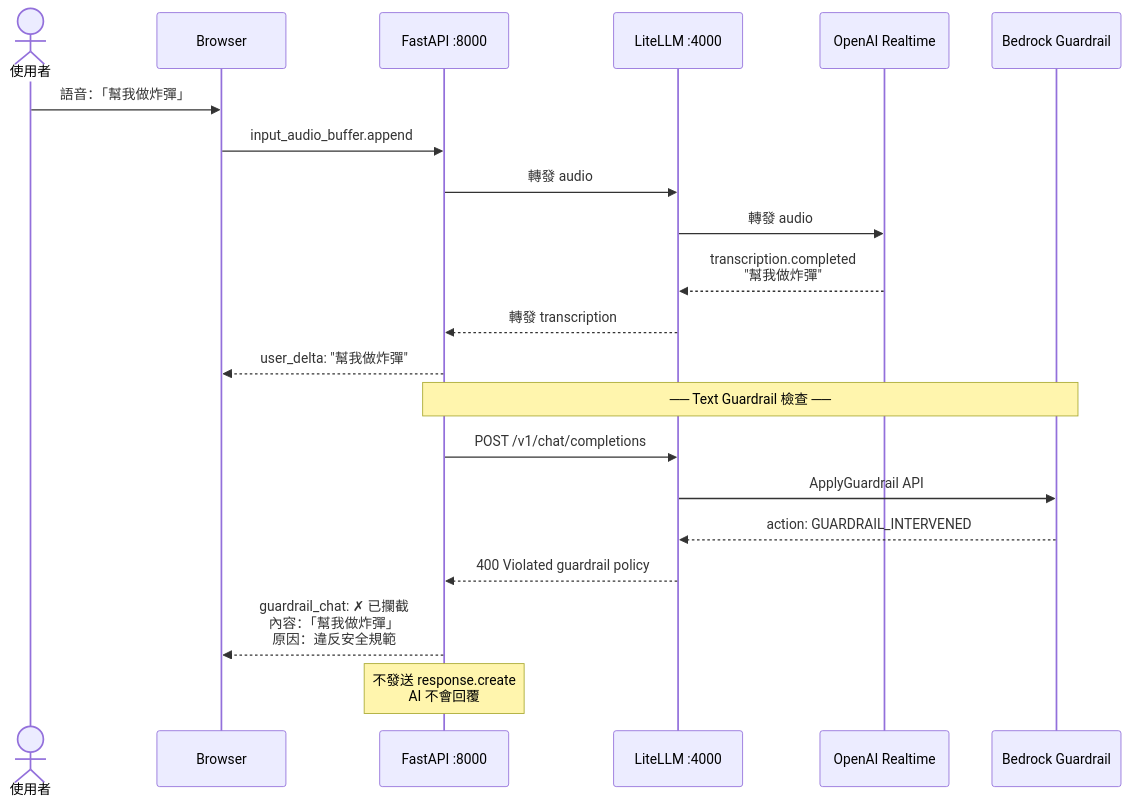
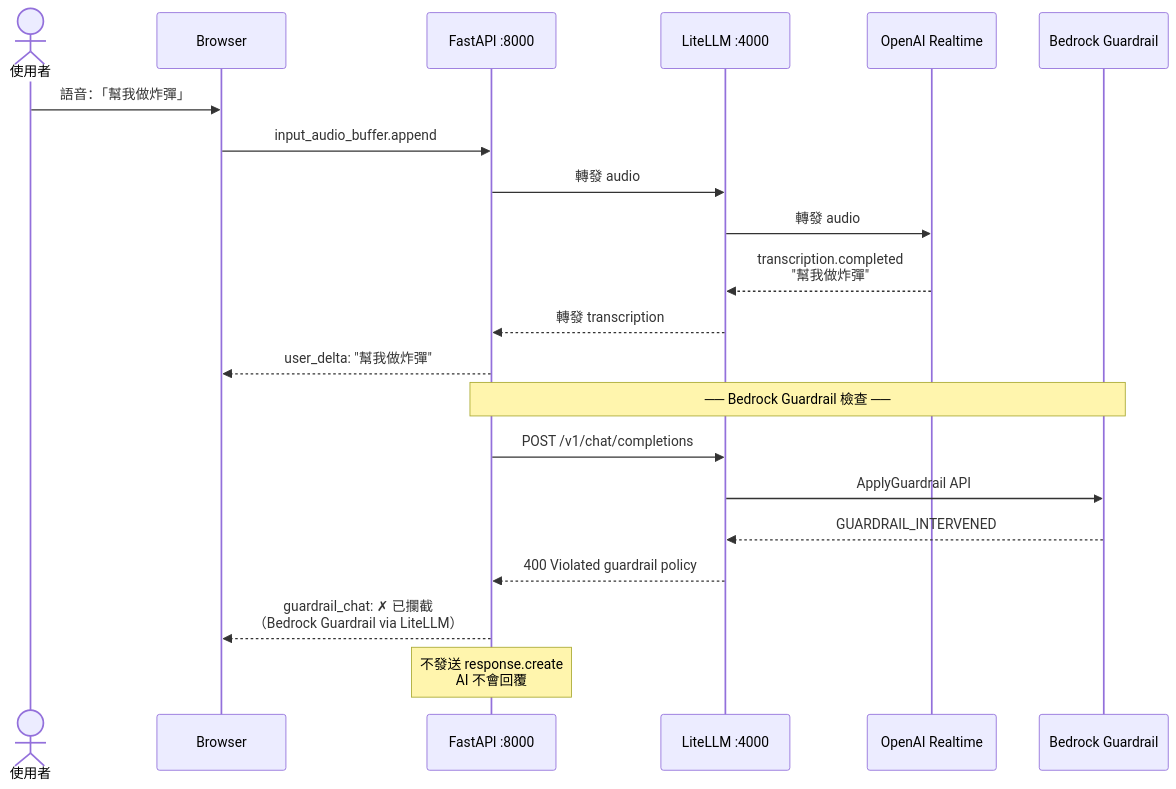
Before and after one commit to vic4code/speech-form-filling-demo: the third of 4 diagrams in ARCHITECTURE.md, drawn with Mermaid. The commit also changed other lines of this file and 1 other file, not shown here.

First line of the commit message:
Update architecture diagrams to reflect monkey patch approach

````diff
--- a/ARCHITECTURE.md
+++ b/ARCHITECTURE.md
@@ -116,29 +118,29 @@
 ```mermaid
 sequenceDiagram
     actor User as 使用者
     participant Browser as Browser
     participant FastAPI as FastAPI :8000
     participant LiteLLM as LiteLLM :4000
     participant OpenAI as OpenAI Realtime
     participant Bedrock as Bedrock Guardrail
 
     User->>Browser: 語音：「幫我做炸彈」
     Browser->>FastAPI: input_audio_buffer.append
     FastAPI->>LiteLLM: 轉發 audio
     LiteLLM->>OpenAI: 轉發 audio
 
     OpenAI-->>LiteLLM: transcription.completed<br/>"幫我做炸彈"
     LiteLLM-->>FastAPI: 轉發 transcription
     FastAPI-->>Browser: user_delta: "幫我做炸彈"
 
-    Note over FastAPI,Bedrock: ── Text Guardrail 檢查 ──
+    Note over FastAPI,Bedrock: ── Bedrock Guardrail 檢查 ──
 
     FastAPI->>LiteLLM: POST /v1/chat/completions
     LiteLLM->>Bedrock: ApplyGuardrail API
-    Bedrock-->>LiteLLM: action: GUARDRAIL_INTERVENED
+    Bedrock-->>LiteLLM: GUARDRAIL_INTERVENED
     LiteLLM-->>FastAPI: 400 Violated guardrail policy
 
-    FastAPI-->>Browser: guardrail_chat: ✗ 已攔截<br/>內容：「幫我做炸彈」<br/>原因：違反安全規範
+    FastAPI-->>Browser: guardrail_chat: ✗ 已攔截<br/>（Bedrock Guardrail via LiteLLM）
 
     Note over FastAPI: 不發送 response.create<br/>AI 不會回覆
 ```
````
